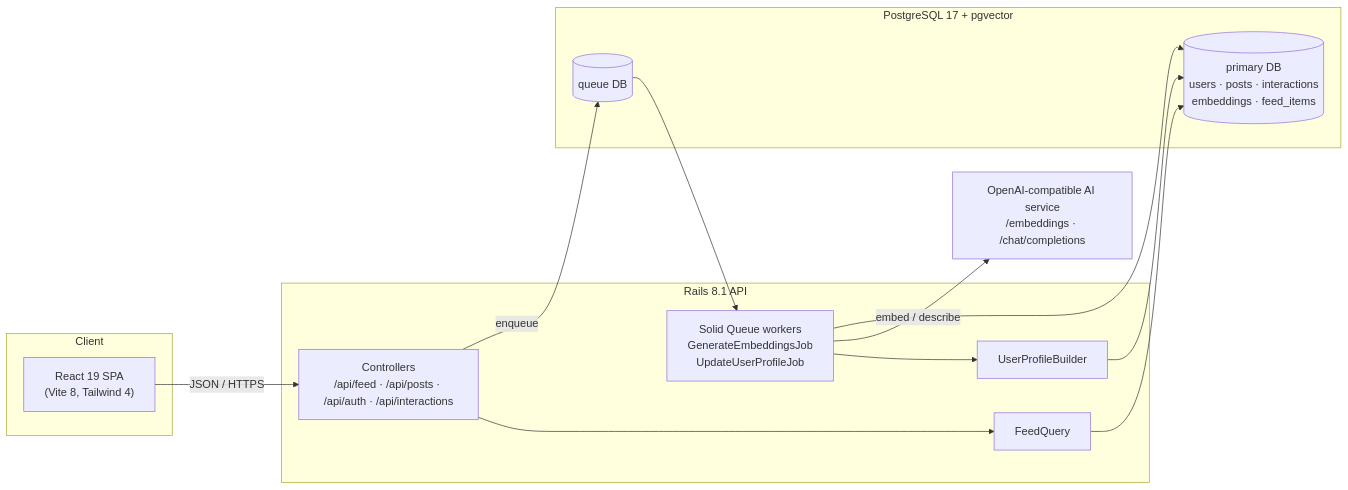
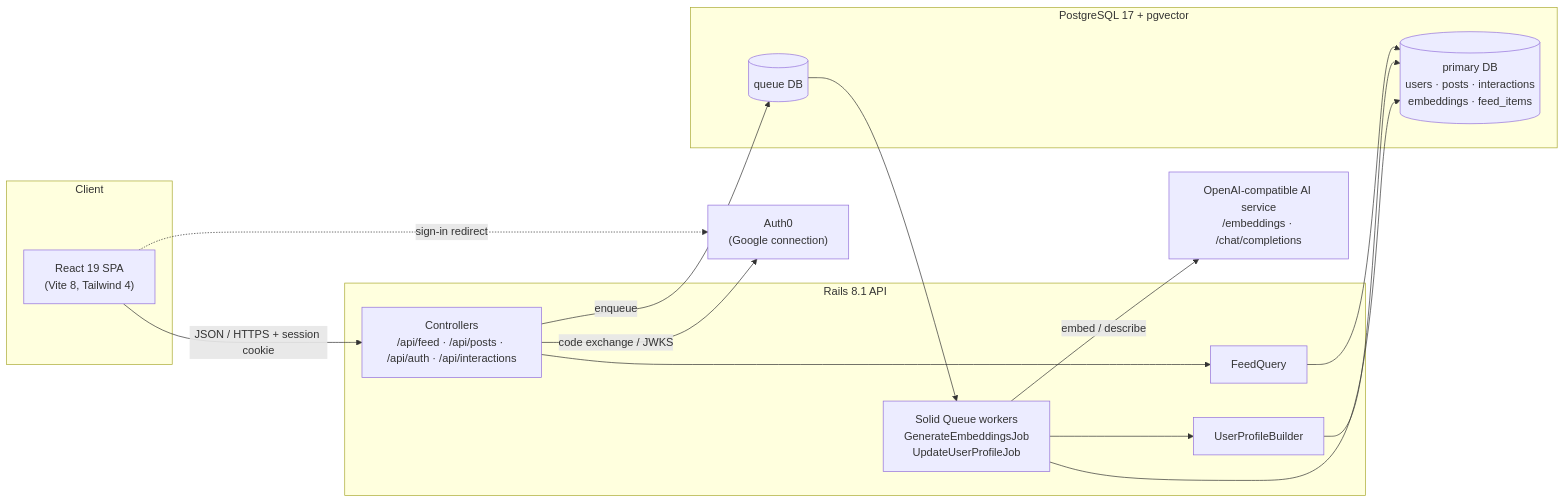
Before and after one commit to LutzMage/trends-display: the diagram in intent/intent.md, drawn with Mermaid. The commit also changed other lines of this file and 51 other files, not shown here.

````diff
--- a/intent/intent.md
+++ b/intent/intent.md
@@ -261,28 +270,31 @@
 ```mermaid
 flowchart LR
   subgraph Client
     SPA["React 19 SPA<br/>(Vite 8, Tailwind 4)"]
   end
 
   subgraph Backend["Rails 8.1 API"]
     API["Controllers<br/>/api/feed · /api/posts · /api/auth · /api/interactions"]
     FQ["FeedQuery"]
     UPB["UserProfileBuilder"]
     JOBS["Solid Queue workers<br/>GenerateEmbeddingsJob<br/>UpdateUserProfileJob"]
   end
 
   subgraph Data["PostgreSQL 17 + pgvector"]
     PRIMARY[("primary DB<br/>users · posts · interactions<br/>embeddings · feed_items")]
     QUEUE[("queue DB")]
   end
 
   AI["OpenAI-compatible AI service<br/>/embeddings · /chat/completions"]
+  IDP["Auth0<br/>(Google connection)"]
 
-  SPA -- JSON / HTTPS --> API
+  SPA -- JSON / HTTPS + session cookie --> API
+  SPA -. sign-in redirect .-> IDP
+  API -- code exchange / JWKS --> IDP
   API --> FQ --> PRIMARY
   API -- enqueue --> QUEUE
   QUEUE --> JOBS
   JOBS --> UPB --> PRIMARY
   JOBS -- embed / describe --> AI
   JOBS --> PRIMARY
 ```
````
